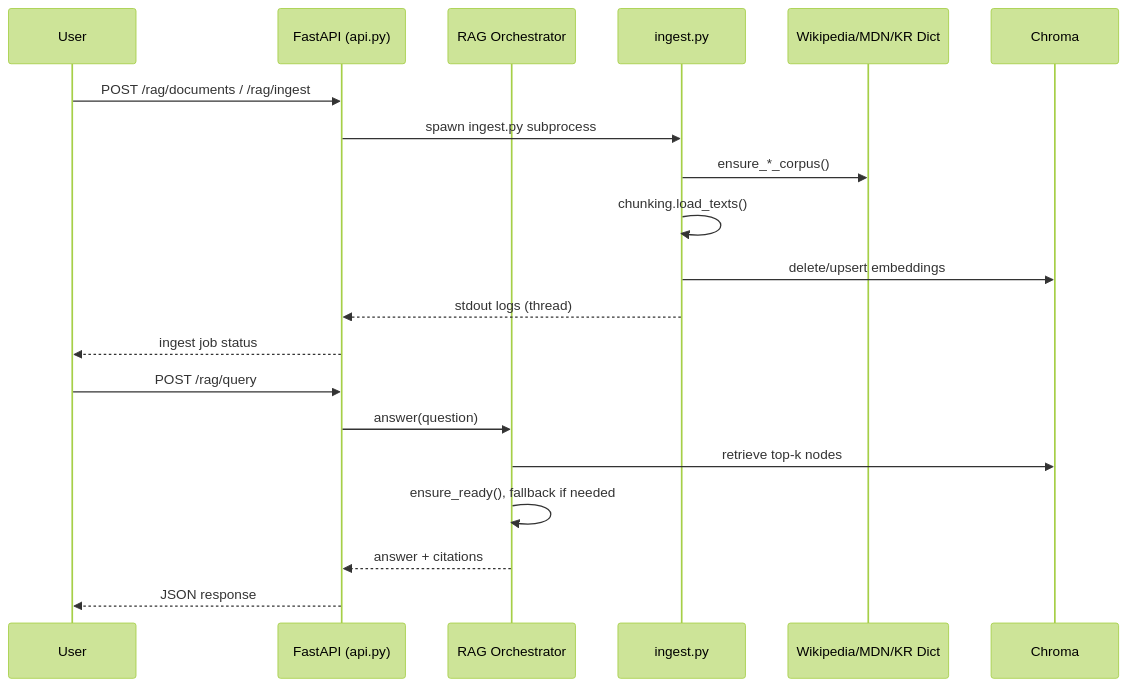
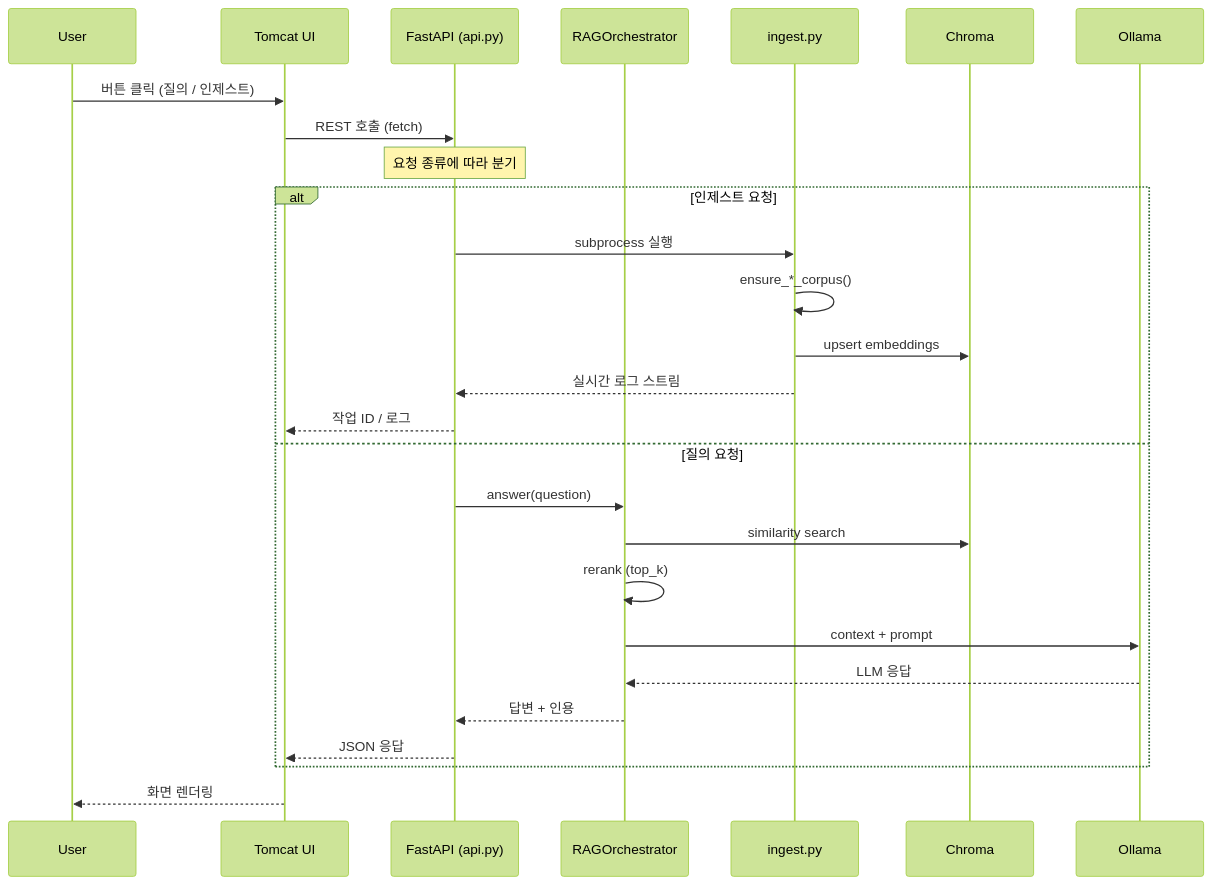
The diagram in docs/rag_architecture.md (oo-consulting/oo-consulting.github.io), drawn with Mermaid (forest theme) before and after one commit. The commit also changed other lines of this file and 6 other files, not shown here.

````diff
--- a/docs/rag_architecture.md
+++ b/docs/rag_architecture.md
@@ -121,24 +96,33 @@
 ```mermaid
 sequenceDiagram
     participant User
+    participant UI as Tomcat UI
     participant API as FastAPI (api.py)
-    participant Orchestrator as RAG Orchestrator
+    participant Orch as RAGOrchestrator
     participant Ingest as ingest.py
-    participant Sources as Wikipedia/MDN/KR Dict
     participant Chroma
+    participant Ollama
 
-    User->>API: POST /rag/documents / /rag/ingest
-    API->>Ingest: spawn ingest.py subprocess
-    Ingest->>Sources: ensure_*_corpus()
-    Ingest->>Ingest: chunking.load_texts()
-    Ingest->>Chroma: delete/upsert embeddings
-    Ingest-->>API: stdout logs (thread)
-    API-->>User: ingest job status
+    User->>UI: 버튼 클릭 (질의 / 인제스트)
+    UI->>API: REST 호출 (fetch)
 
-    User->>API: POST /rag/query
-    API->>Orchestrator: answer(question)
-    Orchestrator->>Chroma: retrieve top-k nodes
-    Orchestrator->>Orchestrator: ensure_ready(), fallback if needed
-    Orchestrator-->>API: answer + citations
-    API-->>User: JSON response
+    Note over API: 요청 종류에 따라 분기
+
+    alt 인제스트 요청
+        API->>Ingest: subprocess 실행
+        Ingest->>Ingest: ensure_*_corpus()
+        Ingest->>Chroma: upsert embeddings
+        Ingest-->>API: 실시간 로그 스트림
+        API-->>UI: 작업 ID / 로그
+    else 질의 요청
+        API->>Orch: answer(question)
+        Orch->>Chroma: similarity search
+        Orch->>Orch: rerank (top_k)
+        Orch->>Ollama: context + prompt
+        Ollama-->>Orch: LLM 응답
+        Orch-->>API: 답변 + 인용
+        API-->>UI: JSON 응답
+    end
+    
+    UI-->>User: 화면 렌더링
 ```
````
